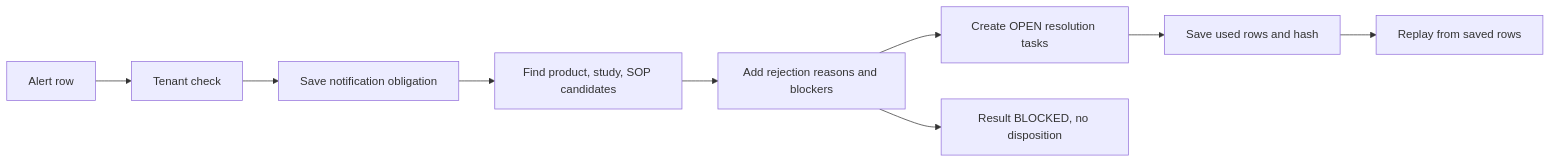
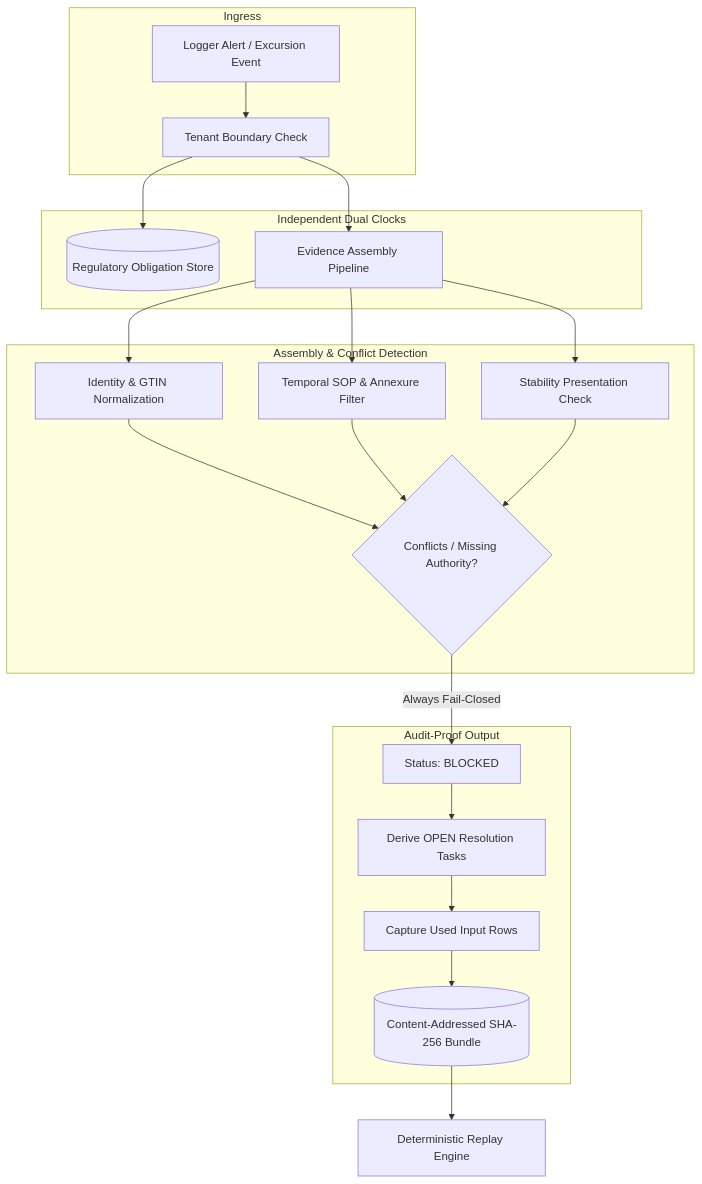
Before and after one commit to Zulfiqar78634/kestrel-evidence-adjudication: the diagram in README.md, drawn with Mermaid. The commit also changed other lines of this file and 3 other files, not shown here.

Commit message:
feat: architectural refactoring to strongly-typed domain models, SOLID alignment, and comprehensive architectural documentation

````diff
--- a/README.md
+++ b/README.md
@@ -9,11 +23,27 @@
 ```mermaid
-flowchart LR
-  A[Alert row] --> B[Tenant check]
-  B --> C[Save notification obligation]
-  C --> D[Find product, study, SOP candidates]
-  D --> E[Add rejection reasons and blockers]
-  E --> F[Create OPEN resolution tasks]
-  F --> G[Save used rows and hash]
-  G --> H[Replay from saved rows]
-  E --> I[Result BLOCKED, no disposition]
+flowchart TD
+    subgraph Ingress
+        A[Logger Alert / Excursion Event] --> B[Tenant Boundary Check]
+    end
+
+    subgraph "Independent Dual Clocks"
+        B --> C[(Regulatory Obligation Store)]
+        B --> D[Evidence Assembly Pipeline]
+    end
+
+    subgraph "Assembly & Conflict Detection"
+        D --> E[Identity & GTIN Normalization]
+        D --> F[Temporal SOP & Annexure Filter]
+        D --> G[Stability Presentation Check]
+        E & F & G --> H{Conflicts / Missing Authority?}
+    end
+
+    subgraph "Audit-Proof Output"
+        H -->|Always Fail-Closed| I[Status: BLOCKED]
+        I --> J[Derive OPEN Resolution Tasks]
+        J --> K[Capture Used Input Rows]
+        K --> L[(Content-Addressed SHA-256 Bundle)]
+    end
+
+    L --> M[Deterministic Replay Engine]
 ```
````
